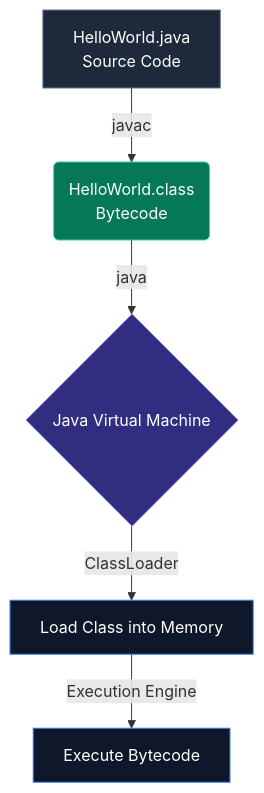
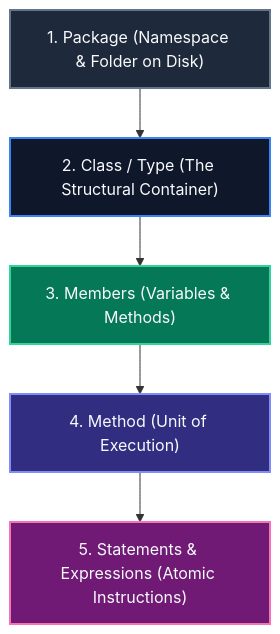
The first of 4 diagrams in content/roadmap/level-0/anatomy-of-a-java-program.md (ravishankar2463/java_hub), drawn with Mermaid before and after one commit. The commit also changed other lines of this file, not shown here.

Commit message:
docs(level-0): rewrite anatomy of a java program with human-first voice

````diff
--- a/content/roadmap/level-0/anatomy-of-a-java-program.md
+++ b/content/roadmap/level-0/anatomy-of-a-java-program.md
@@ -112,13 +41,13 @@
 ```mermaid
 flowchart TD
-    A[HelloWorld.java<br/>Source Code] -->|javac| B(HelloWorld.class<br/>Bytecode)
-    B -->|java| C{Java Virtual Machine}
-    C -->|ClassLoader| D[Load Class into Memory]
-    D -->|Execution Engine| E[Execute Bytecode]
-    
-    style A fill:#1e293b,stroke:#64748b,color:#fff
-    style B fill:#047857,stroke:#34d399,color:#fff
-    style C fill:#312e81,stroke:#818cf8,color:#fff
-    style D fill:#0f172a,stroke:#3b82f6,color:#fff
-    style E fill:#0f172a,stroke:#3b82f6,color:#fff
+    Pkg["1. Package (Namespace & Folder on Disk)"] --> Cls["2. Class / Type (The Structural Container)"]
+    Cls --> Members["3. Members (Variables & Methods)"]
+    Members --> Mthd["4. Method (Unit of Execution)"]
+    Mthd --> Stmts["5. Statements & Expressions (Atomic Instructions)"]
+
+    style Pkg fill:#1e293b,stroke:#64748b,stroke-width:2px,color:#f8fafc
+    style Cls fill:#0f172a,stroke:#3b82f6,stroke-width:2px,color:#f8fafc
+    style Members fill:#047857,stroke:#34d399,stroke-width:2px,color:#f8fafc
+    style Mthd fill:#312e81,stroke:#818cf8,stroke-width:2px,color:#f8fafc
+    style Stmts fill:#701a75,stroke:#f472b6,stroke-width:2px,color:#f8fafc
 ```
````
